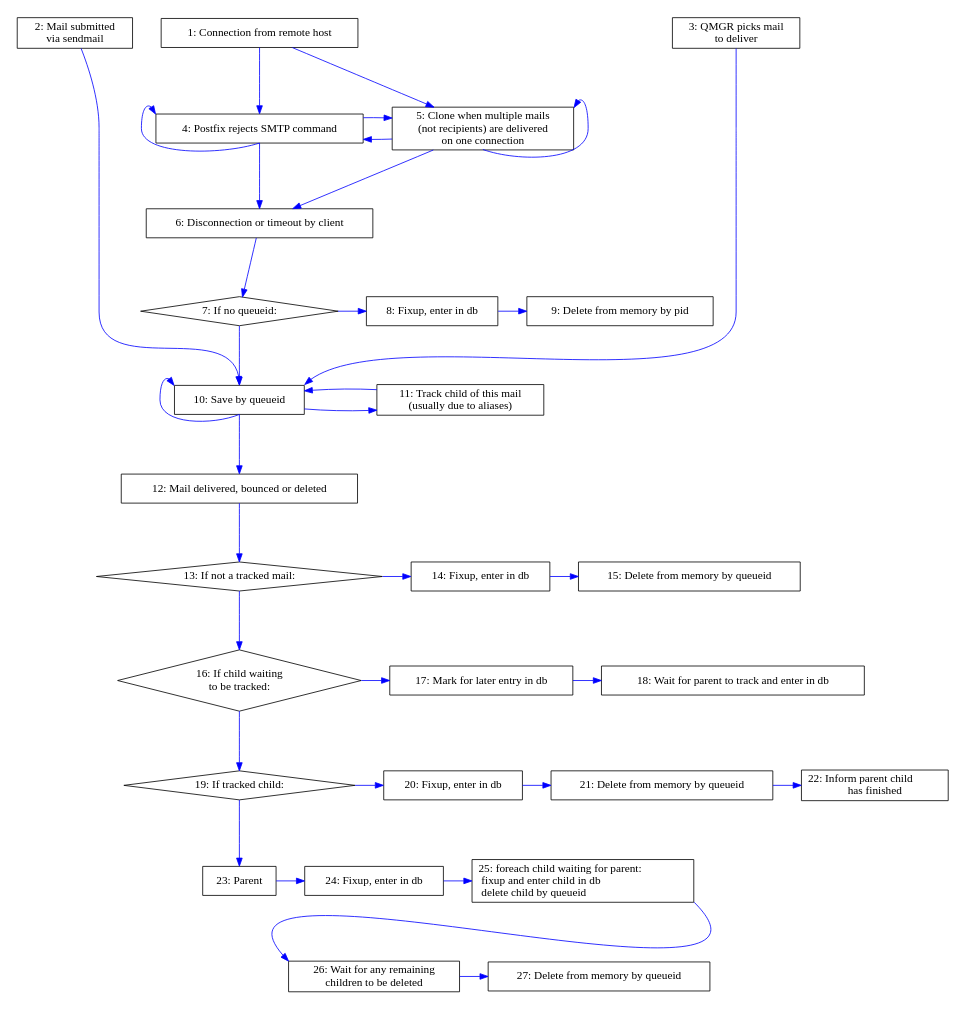
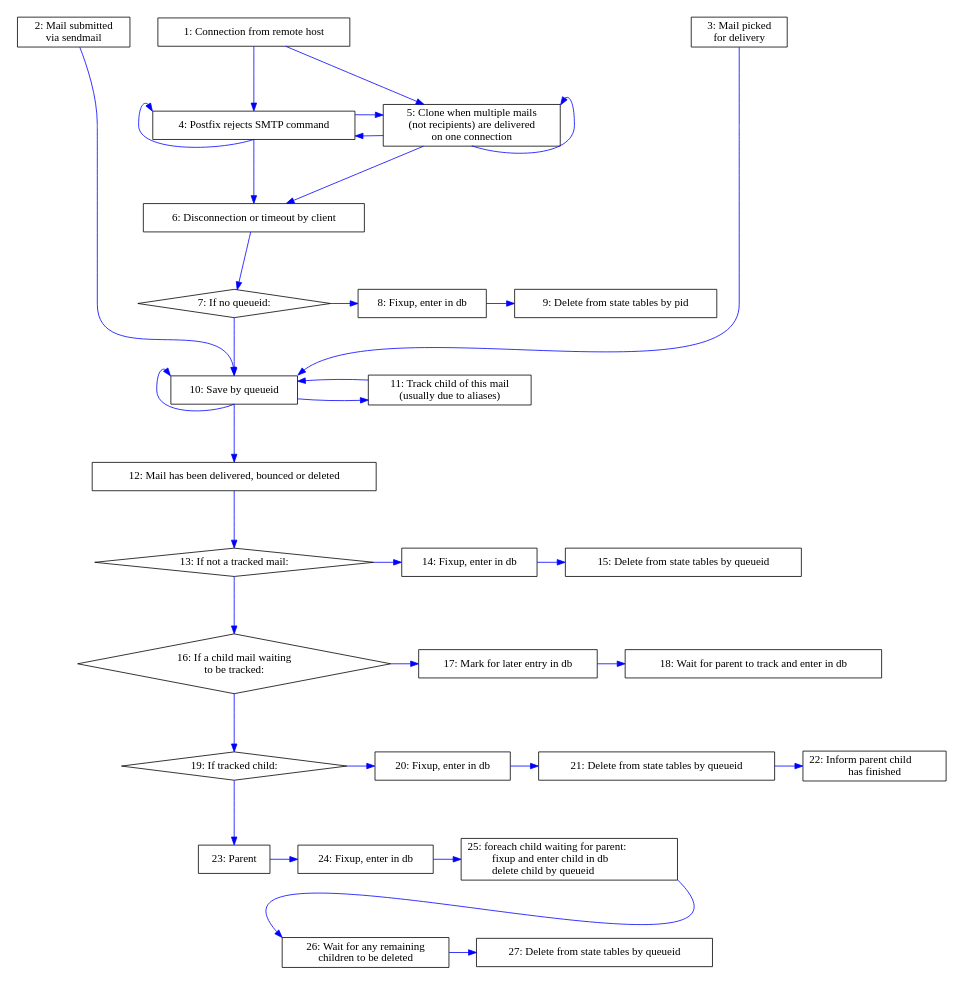
The diagram in doc/logparser-flow-chart.dot (tobinjt/ASO), drawn with Graphviz before and after one commit. The commit also changed 3 other files, not shown here.

```diff
--- a/doc/logparser-flow-chart.dot
+++ b/doc/logparser-flow-chart.dot
@@ -1,173 +1,173 @@
 /* vim: set textwidth=160 : */
 /* $Id$ */
 
 digraph logparser {
     graph [
         size = "6.8, 7.3"
         margin = "0"
         center = true
     ]
     node [
         shape = box
     ]
     edge [
         color = blue
         fontcolor = red
         minlen = 2
     ]
 
     /* EDGES */
     /* Connect from client */
     connect                         -> { rejection } [weight = 5]
     rejection                       -> { rejection } [dir = back, headport = s, tailport = nw]
     rejection                       -> { disconnect } [weight = 5]
     connect                         -> { clone }
     clone                           -> { clone } [dir = back, headport = s, tailport = ne]
     clone                           -> { disconnect }
     clone                           -> { rejection }
     rejection                       -> { clone }
 
     /* Disconnect without queueid */
     disconnect                      -> { if_no_queueid }
     if_no_queueid                   -> { fixup_enter_in_db_disconnect }
     fixup_enter_in_db_disconnect    -> { delete_by_pid_disconnect }
 
     /* Disconnect with queueid */
     if_no_queueid                   -> { save_by_queueid } [weight = 5]
 
     /* Misc entry */
     pickup                          -> { save_by_queueid } [headport = n]
     qmgr_chooses_mail               -> { save_by_queueid } [headport = ne]
     /* Graph placement */
     connect                         -> { pickup } [style = invis, weight = 0]
     connect                         -> { qmgr_chooses_mail } [style = invis, weight = 0]
 
     /* Save results by queueid */
     save_by_queueid                 -> { track } [minlen = 5]
     track                           -> { save_by_queueid }
     save_by_queueid                 -> { save_by_queueid } [dir = back, headport = s, tailport = nw]
     save_by_queueid                 -> { commit }
 
     /* Commit is complicated */
     /* Neither parent nor child. */
     commit                          -> { if_neither_parent_nor_child }
     if_neither_parent_nor_child     -> { fixup_enter_in_db_npc }
     fixup_enter_in_db_npc           -> { delete_npc }
     /* Untracked child */
     if_neither_parent_nor_child     -> { if_untracked_child }
     if_untracked_child              -> { mark_for_commit }
     mark_for_commit                 -> { wait_for_parent_to_commit_me }
     if_untracked_child              -> { if_tracked_child }
     /* Tracked child */
     if_tracked_child                -> { fixup_enter_in_db_tc }
     fixup_enter_in_db_tc            -> { delete_tc }
     delete_tc                       -> { maybe_delete_parent }
     /* Parent */
     if_tracked_child                -> { parent }
     parent                          -> { fixup_enter_in_db_parent }
     fixup_enter_in_db_parent        -> { commit_children }
     /* This next edge pulls wait_for_children_to_be_deleted leftwards */
     fixup_enter_in_db_parent        -> { wait_for_children_to_be_deleted } [style = invis]
     commit_children                 -> { wait_for_children_to_be_deleted } [headport = nw, tailport = se, weight = 0]
     wait_for_children_to_be_deleted -> { delete_parent }
 
     /* NODE LABELS */
     rejection                       [label = "4: Postfix rejects SMTP command"]
     connect                         [label = "1: Connection from remote host"]
     clone                           [label = "5: Clone when multiple mails\n(not recipients) are delivered\non one connection"]
 
     /* Disconnect without queueid */
     disconnect                      [label = "6: Disconnection or timeout by client"]
     if_no_queueid                   [label = "7: If no queueid:", shape = diamond]
     fixup_enter_in_db_disconnect    [label = "8: Fixup, enter in db"]
-    delete_by_pid_disconnect        [label = "9: Delete from memory by pid"]
+    delete_by_pid_disconnect        [label = "9: Delete from state tables by pid"]
 
     /* Disconnect with queueid - already covered */
 
     /* Misc entry */
     pickup                          [label = "2: Mail submitted\nvia sendmail"]
-    qmgr_chooses_mail               [label = "3: QMGR picks mail\nto deliver"]
+    qmgr_chooses_mail               [label = "3: Mail picked \nfor delivery"]
 
     /* Save results by queueid */
     save_by_queueid                 [label = "10: Save by queueid"]
     track                           [label = "11: Track child of this mail\n(usually due to aliases)"]
 
     /* Commit is complicated */
     /* Neither parent nor child. */
-    commit                          [label = "12: Mail delivered, bounced or deleted"]
+    commit                          [label = "12: Mail has been delivered, bounced or deleted"]
     if_neither_parent_nor_child     [label = "13: If not a tracked mail:", shape = diamond]
     fixup_enter_in_db_npc           [label = "14: Fixup, enter in db"]
-    delete_npc                      [label = "15: Delete from memory by queueid"]
+    delete_npc                      [label = "15: Delete from state tables by queueid"]
 
     /* Untracked child */
-    if_untracked_child              [label = "16: If child waiting\nto be tracked:", shape = diamond]
+    if_untracked_child              [label = "16: If a child mail waiting\nto be tracked:", shape = diamond]
     mark_for_commit                 [label = "17: Mark for later entry in db"]
     wait_for_parent_to_commit_me    [label = "18: Wait for parent to track and enter in db"]
 
     /* Tracked child */
     if_tracked_child                [label = "19: If tracked child:", shape = diamond]
     fixup_enter_in_db_tc            [label = "20: Fixup, enter in db"]
-    delete_tc                       [label = "21: Delete from memory by queueid"]
+    delete_tc                       [label = "21: Delete from state tables by queueid"]
     maybe_delete_parent             [label = "22: Inform parent child\lhas finished"]
 
     /* Parent */
     parent                          [label = "23: Parent"]
     fixup_enter_in_db_parent        [label = "24: Fixup, enter in db"]
-    commit_children                 [label = "25: foreach child waiting for parent:\l  fixup and enter child in db\l  delete child by queueid\l", labeljust = l]
+    commit_children                 [label = "25: foreach child waiting for parent:\l          fixup and enter child in db\l          delete child by queueid\l", labeljust = l]
     wait_for_children_to_be_deleted [label = "26: Wait for any remaining \nchildren to be deleted"]
-    delete_parent                   [label = "27: Delete from memory by queueid"]
+    delete_parent                   [label = "27: Delete from state tables by queueid"]
 
     /* SUB-GRAPHS */
     subgraph sources {
         rank = source
         pickup
         qmgr_chooses_mail
         connect
     }
     subgraph clone_or_save {
         rank = same
         clone
         rejection
     }
     subgraph disconnect_without_queueid {
         rank = same
         if_no_queueid
         fixup_enter_in_db_disconnect
         delete_by_pid_disconnect
     }
     subgraph save_or_track {
         rank = same
         track
         save_by_queueid
     }
     subgraph not_tracked {
         rank = same
         if_neither_parent_nor_child
         fixup_enter_in_db_npc
         delete_npc
     }
     subgraph untracked_child {
         rank = same
         if_untracked_child
         mark_for_commit
         wait_for_parent_to_commit_me
     }
     subgraph tracked_child {
         rank = same
         if_tracked_child
         fixup_enter_in_db_tc
         delete_tc
         maybe_delete_parent
     }
     subgraph parent {
         rank = same
         parent
         fixup_enter_in_db_parent
         commit_children
     }
     subgraph parent_waiting {
         rank = same
         wait_for_children_to_be_deleted
         delete_parent
     }
 }
```
